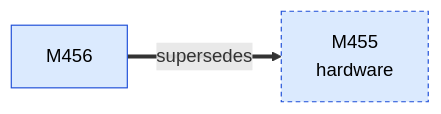
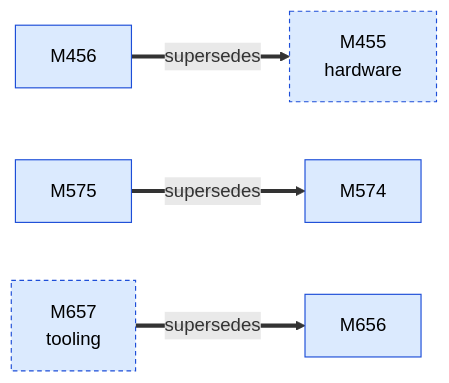
The first of 2 diagrams in docs/facts/graphs/display.md (D-Ogi/amdgpu-wddm), drawn with Mermaid before and after one commit. The commit also changed other lines of this file and 14 other files, not shown here.

````diff
--- a/docs/facts/graphs/display.md
+++ b/docs/facts/graphs/display.md
@@ -11,12 +11,18 @@
 ```mermaid
 flowchart LR
   M455["M455<br/>hardware"]:::MEASURED
   M456["M456"]:::MEASURED
+  M574["M574"]:::MEASURED
+  M575["M575"]:::MEASURED
+  M656["M656"]:::MEASURED
+  M657["M657<br/>tooling"]:::MEASURED
   M456 ==>|supersedes| M455
+  M575 ==>|supersedes| M574
+  M657 ==>|supersedes| M656
   classDef HYPOTHESIS fill:#fff3c4,stroke:#9a7b00,color:#000
   classDef MEASURED fill:#dbeafe,stroke:#1d4ed8,color:#000
   classDef CONFIRMED fill:#d1fae5,stroke:#047857,color:#000
   classDef REFUTED fill:#fee2e2,stroke:#b91c1c,color:#000
   classDef other stroke-dasharray:4 3
-  class M455 other
+  class M455,M657 other
 ```
````
